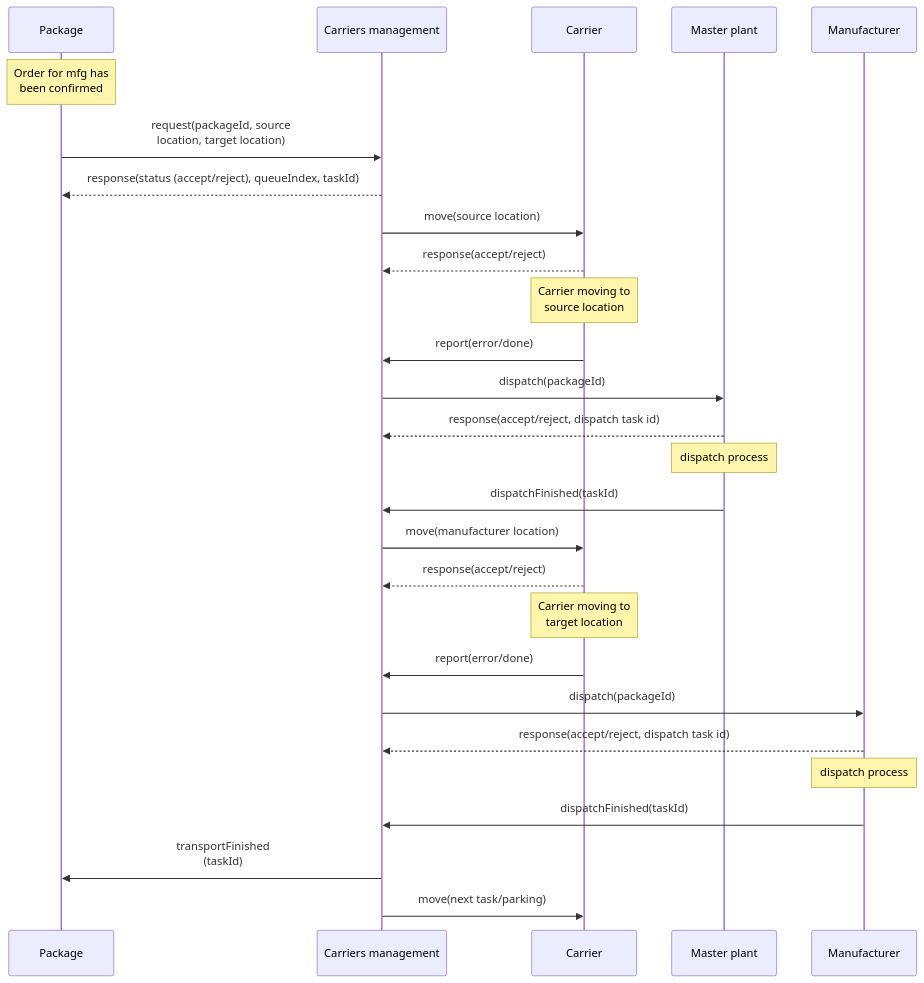
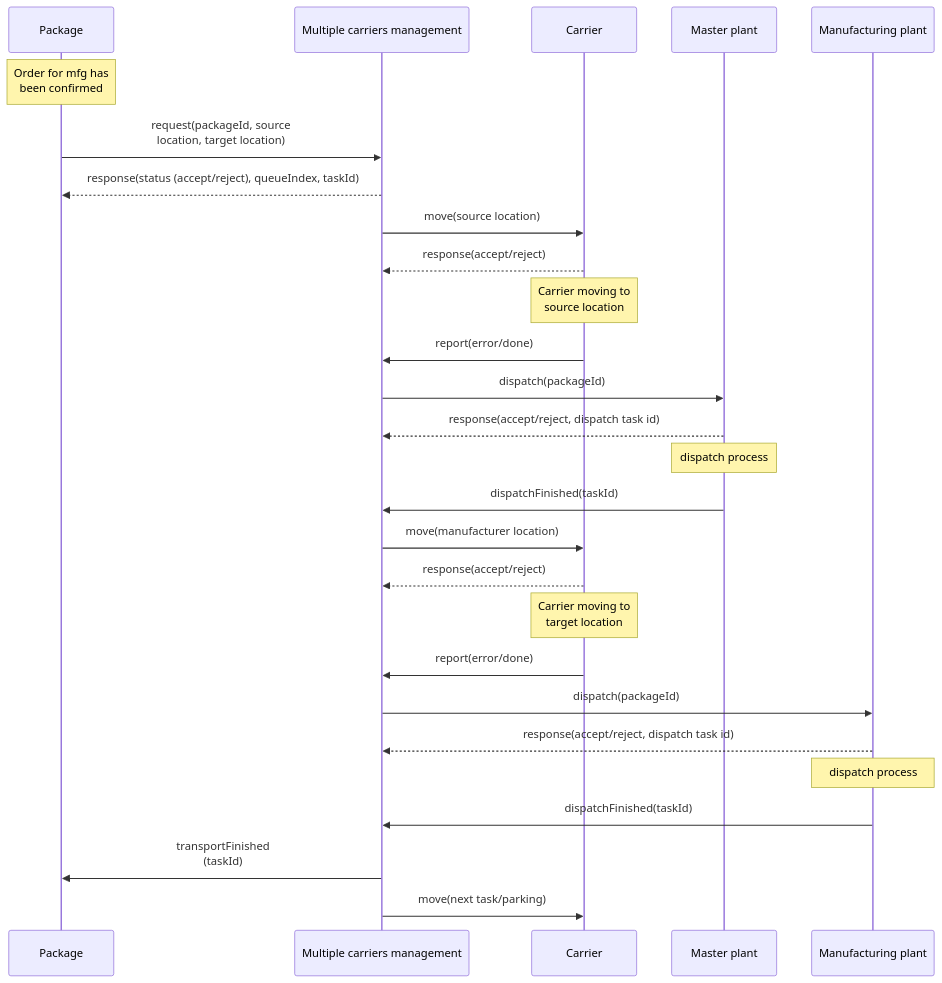
One commit to fsprojekti/shr-mfg-platform changed the second of 2 diagrams in README.md. Above: the diagram before and after it, drawn with Mermaid. The commit also changed other lines of this file, not shown here.

````diff
--- a/README.md
+++ b/README.md
@@ -56,33 +56,33 @@
 ```mermaid
 
 sequenceDiagram
 participant P as Package
     Note over P: Order for mfg has<br> been confirmed
-participant C as Carriers management
+participant C as Multiple carriers management
 participant A as Carrier
 participant O as Master plant 
-participant M as Manufacturer 
+participant M as Manufacturing plant 
 
 P->>C: request(packageId, source <br>location, target location)
 C-->>P: response(status (accept/reject), queueIndex, taskId)
 C->>A: move(source location)
 A-->>C: response(accept/reject)
 Note over A: Carrier moving to <br>source location
 A->>C: report(error/done)
 C->>O: dispatch(packageId)
 O-->>C: response(accept/reject, dispatch task id)
 Note over O: dispatch process
 O->>C: dispatchFinished(taskId)
 C->>A: move(manufacturer location)
 
 A-->>C: response(accept/reject)
 Note over A: Carrier moving to <br>target location
 A->>C: report(error/done)
 C->>M: dispatch(packageId)
 M-->>C: response(accept/reject, dispatch task id)
 Note over M: dispatch process
 M->>C: dispatchFinished(taskId)
 C->>P: transportFinished <br>(taskId)
 C->>A: move(next task/parking)
 
 ```
````
